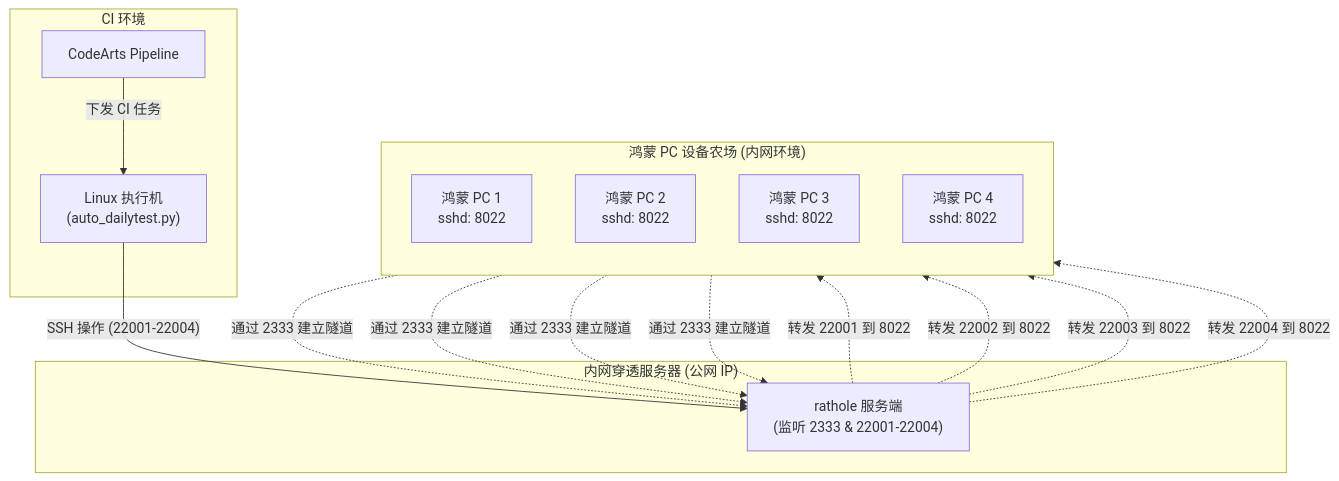
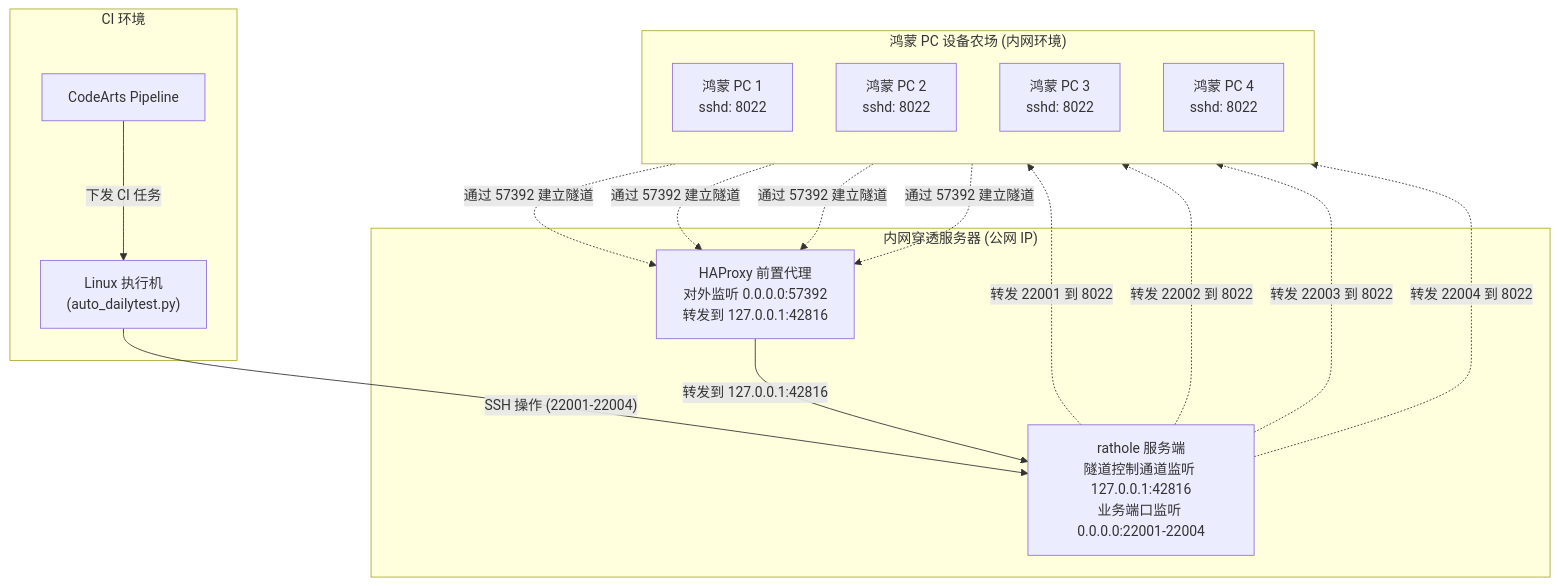
Before and after one commit to Harmonybrew/docs: the diagram in zh-CN/maintainer/device-farm-deploy.md, drawn with Mermaid. The commit also changed other lines of this file and 1 other file, not shown here.

````diff
--- a/zh-CN/maintainer/device-farm-deploy.md
+++ b/zh-CN/maintainer/device-farm-deploy.md
@@ -15,32 +15,35 @@
 ```mermaid
 graph TD
     %% 节点定义
     subgraph CI ["CI 环境"]
         Pipeline["CodeArts Pipeline"] -->|下发 CI 任务| Executer["Linux 执行机<br/>(auto_dailytest.py)"]
     end
 
     subgraph Server ["内网穿透服务器 (公网 IP)"]
-        RatholeServer["rathole 服务端<br/>(监听 2333 & 22001-22004)"]
+        HAProxy["HAProxy 前置代理<br/>对外监听 0.0.0.0:57392<br/>转发到 127.0.0.1:42816"]
+        RatholeServer["rathole 服务端<br/>隧道控制通道监听 127.0.0.1:42816<br/>业务端口监听 0.0.0.0:22001-22004"]
     end
 
     subgraph Farm ["鸿蒙 PC 设备农场 (内网环境)"]
         direction TB
         PC1["鸿蒙 PC 1<br/>sshd: 8022"]
         PC2["鸿蒙 PC 2<br/>sshd: 8022"]
         PC3["鸿蒙 PC 3<br/>sshd: 8022"]
         PC4["鸿蒙 PC 4<br/>sshd: 8022"]
     end
 
     %% 连线关系 (注意这里给包含括号的文本加了双引号)
     Executer -->|"SSH 操作 (22001-22004)"| RatholeServer
 
-    PC1 -.->|通过 2333 建立隧道| RatholeServer
-    PC2 -.->|通过 2333 建立隧道| RatholeServer
-    PC3 -.->|通过 2333 建立隧道| RatholeServer
-    PC4 -.->|通过 2333 建立隧道| RatholeServer
+    PC1 -.->|"通过 57392 建立隧道"| HAProxy
+    PC2 -.->|"通过 57392 建立隧道"| HAProxy
+    PC3 -.->|"通过 57392 建立隧道"| HAProxy
+    PC4 -.->|"通过 57392 建立隧道"| HAProxy
+
+    HAProxy -->|"转发到 127.0.0.1:42816"| RatholeServer
 
     RatholeServer -.-> |转发 22001 到 8022| PC1
     RatholeServer -.-> |转发 22002 到 8022| PC2
     RatholeServer -.-> |转发 22003 到 8022| PC3
     RatholeServer -.-> |转发 22004 到 8022| PC4
 ```
````
